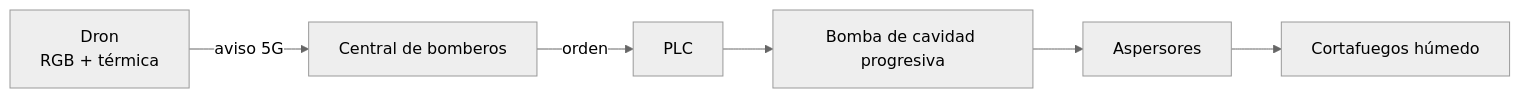
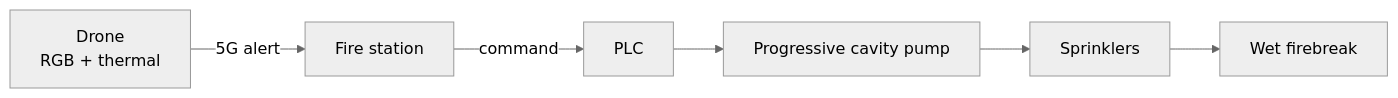
Before and after one commit to sejotta/SPIT-wefohackaton2026: the diagram in README.md, drawn with Mermaid (neutral theme). The commit also changed other lines of this file, not shown here.

````diff
--- a/README.md
+++ b/README.md
@@ -51,8 +49,8 @@
 ```mermaid
 flowchart LR
-    D["Dron<br/>RGB + térmica"] -- "aviso 5G" --> C["Central de bomberos"]
-    C -- "orden" --> P["PLC"]
-    P --> B["Bomba de cavidad progresiva"]
-    B --> A["Aspersores"]
-    A --> F["Cortafuegos húmedo"]
+    D["Drone<br/>RGB + thermal"] -- "5G alert" --> C["Fire station"]
+    C -- "command" --> P["PLC"]
+    P --> B["Progressive cavity pump"]
+    B --> A["Sprinklers"]
+    A --> F["Wet firebreak"]
 ```
````
